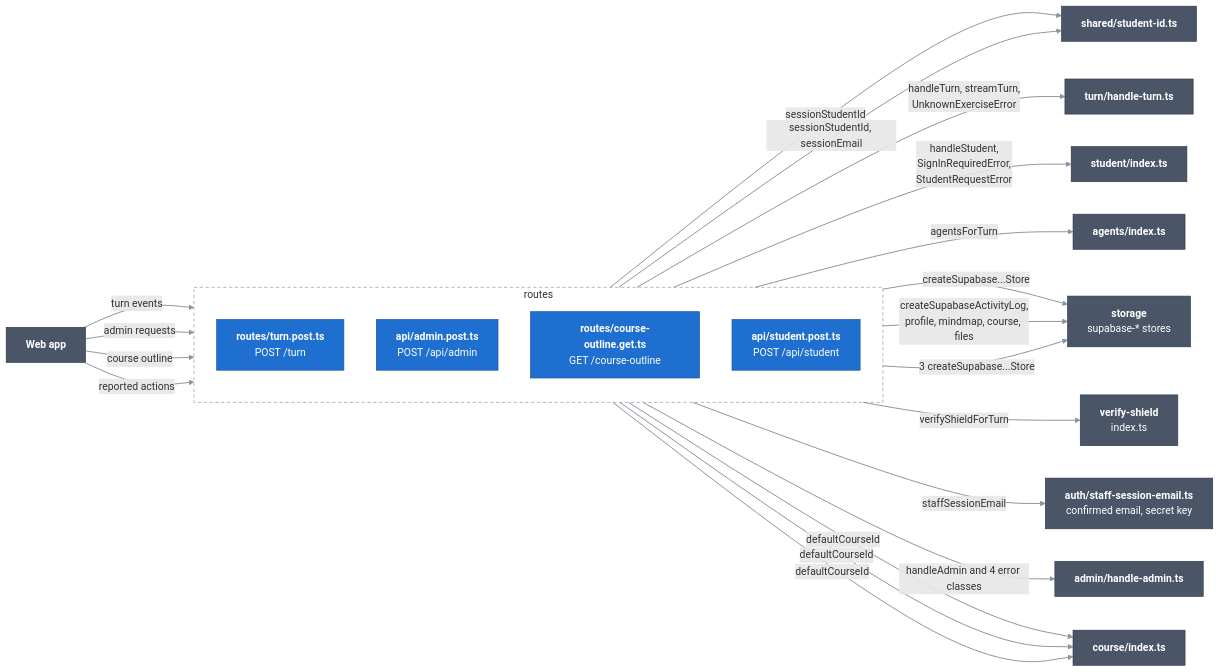
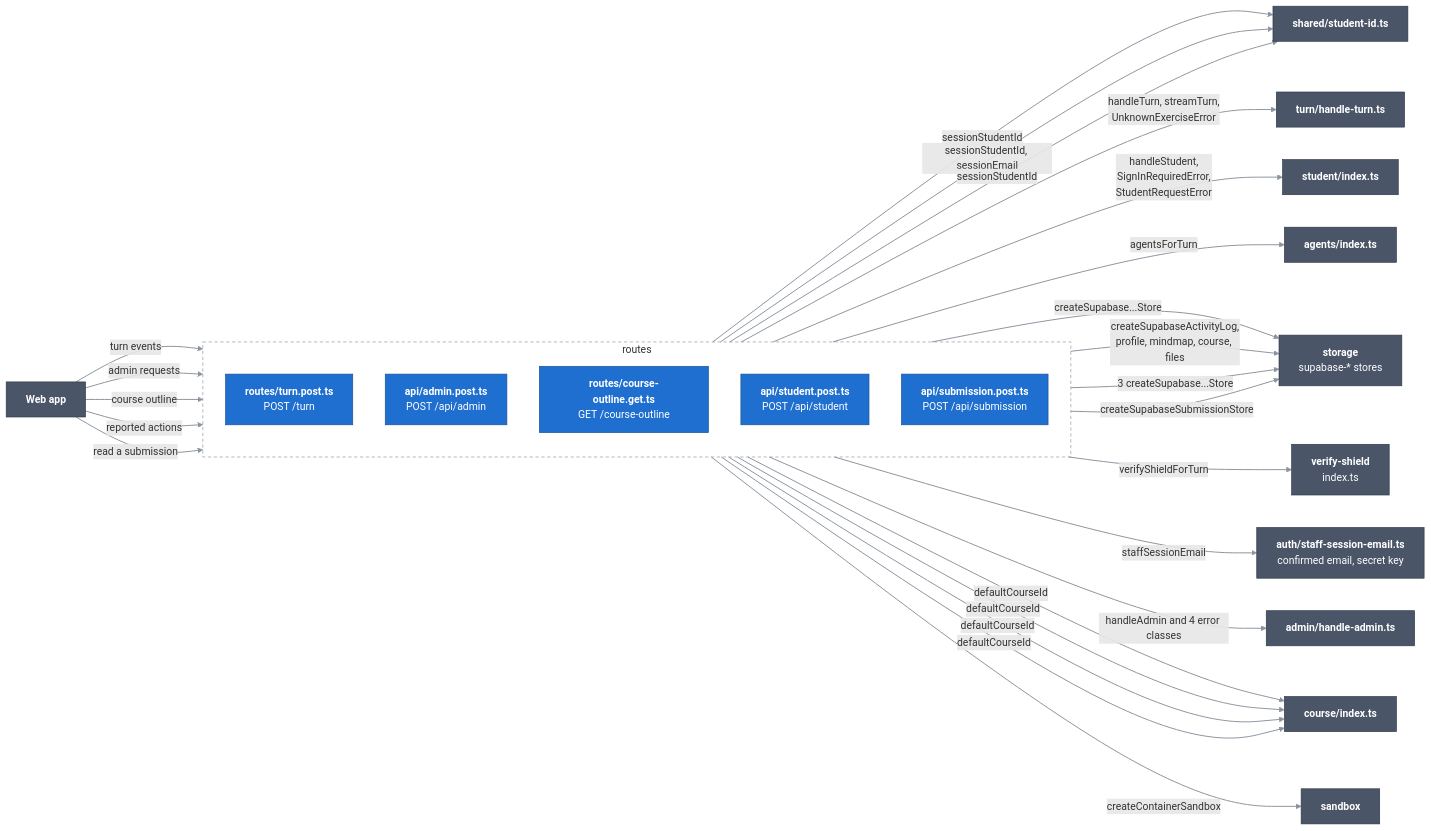
One commit to Bill2926/COS40005_HN9_Verifiable_Co-Learner_Agent changed the diagram in docs/c4/03-components/server/01-routes.md. Above: the diagram before and after it, drawn with Mermaid. The commit also changed other lines of this file and 37 other files, not shown here.

First line of the commit message:
Count a submission only when the sandbox verifies it.

````diff
--- a/docs/c4/03-components/server/01-routes.md
+++ b/docs/c4/03-components/server/01-routes.md
@@ -10,48 +10,54 @@
 ```mermaid
 flowchart LR
   classDef comp fill:#1f6fd0,stroke:#164f96,color:#ffffff
   classDef near fill:#4a5568,stroke:#2d3748,color:#ffffff
   linkStyle default stroke:#8b949e,stroke-width:1.5px
 
   spa["<b>Web app</b>"]:::near
 
   subgraph routes["routes"]
     direction TB
     turnRoute["<b>routes/turn.post.ts</b><br/>POST /turn"]:::comp
     adminRoute["<b>api/admin.post.ts</b><br/>POST /api/admin"]:::comp
     outlineRoute["<b>routes/course-outline.get.ts</b><br/>GET /course-outline"]:::comp
     studentRoute["<b>api/student.post.ts</b><br/>POST /api/student"]:::comp
+    submissionRoute["<b>api/submission.post.ts</b><br/>POST /api/submission"]:::comp
   end
 
   handleTurn["<b>turn/handle-turn.ts</b>"]:::near
   handleStudent["<b>student/index.ts</b>"]:::near
   handleAdmin["<b>admin/handle-admin.ts</b>"]:::near
   agents["<b>agents/index.ts</b>"]:::near
   stores["<b>storage</b><br/>supabase-* stores"]:::near
   shield["<b>verify-shield</b><br/>index.ts"]:::near
   studentId["<b>shared/student-id.ts</b>"]:::near
   course["<b>course/index.ts</b>"]:::near
 
   spa ==>|"turn events"| turnRoute
   spa ==>|"admin requests"| adminRoute
   spa ==>|"course outline"| outlineRoute
   spa ==>|"reported actions"| studentRoute
+  spa ==>|"read a submission"| submissionRoute
 
   turnRoute -->|"sessionStudentId"| studentId
   studentRoute -->|"sessionStudentId, sessionEmail"| studentId
   turnRoute -->|"handleTurn, streamTurn,<br/>UnknownExerciseError"| handleTurn
   studentRoute -->|"handleStudent,<br/>SignInRequiredError,<br/>StudentRequestError"| handleStudent
   turnRoute -->|"agentsForTurn"| agents
   turnRoute -->|"createSupabase...Store"| stores
   studentRoute -->|"createSupabaseActivityLog,<br/>profile, mindmap, course, files"| stores
   turnRoute -->|"verifyShieldForTurn"| shield
   staffEmail["<b>auth/staff-session-email.ts</b><br/>confirmed email, secret key"]:::near
   adminRoute -->|"staffSessionEmail"| staffEmail
   adminRoute -->|"handleAdmin and 4 error classes"| handleAdmin
   adminRoute -->|"3 createSupabase...Store"| stores
   outlineRoute -->|"defaultCourseId"| course
   studentRoute -->|"defaultCourseId"| course
+  submissionRoute -->|"defaultCourseId"| course
+  submissionRoute -->|"sessionStudentId"| studentId
+  submissionRoute -->|"createSupabaseSubmissionStore"| stores
+  turnRoute -->|"createContainerSandbox"| sandbox["<b>sandbox</b>"]:::near
   turnRoute -->|"defaultCourseId"| course
 
   style routes fill:none,stroke:#8b949e,stroke-dasharray:5 4
 ```
````
